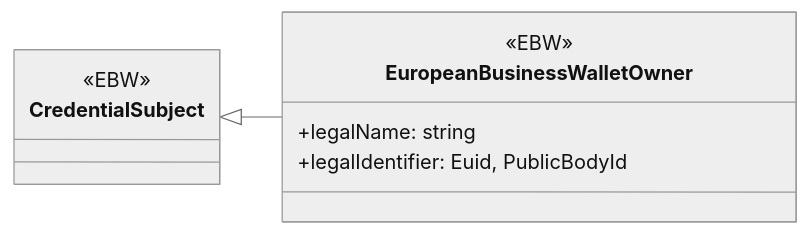
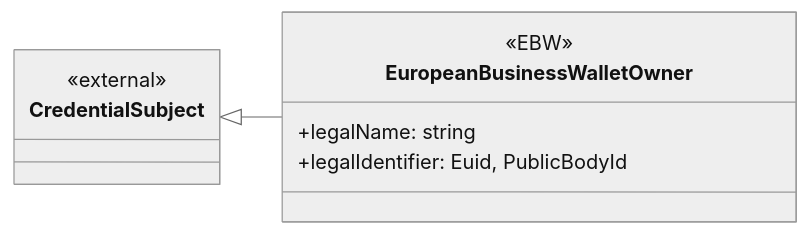
The diagram in vocab/src/class-diagram-ebwo.mermaid (webuild-consortium/wp4-semantics-group), drawn with Mermaid (neutral theme) before and after one commit. The commit also changed 13 other files, not shown here.

Commit message:
update: class diagrams

```diff
--- a/vocab/src/class-diagram-ebwo.mermaid
+++ b/vocab/src/class-diagram-ebwo.mermaid
@@ -1,27 +1,26 @@
 classDiagram
     direction LR
 %% =========================
 %% Core EBW Classes
 %% =========================
-    class CredentialSubject {
-        <<EBW>>
-    }
-
     class EuropeanBusinessWalletOwner {
         <<EBW>>
         +legalName: string
         +legalIdentifier: Euid, PublicBodyId
     }
 
 %% =========================
 %% External / Referenced Types
 %% =========================
+    class CredentialSubject {
+        <<external>>
+    }
 
 %% =========================
 %% Inheritance
 %% =========================
     CredentialSubject <|-- EuropeanBusinessWalletOwner
 
 %% =========================
 %% Properties (Object relations)
 %% =========================
```
